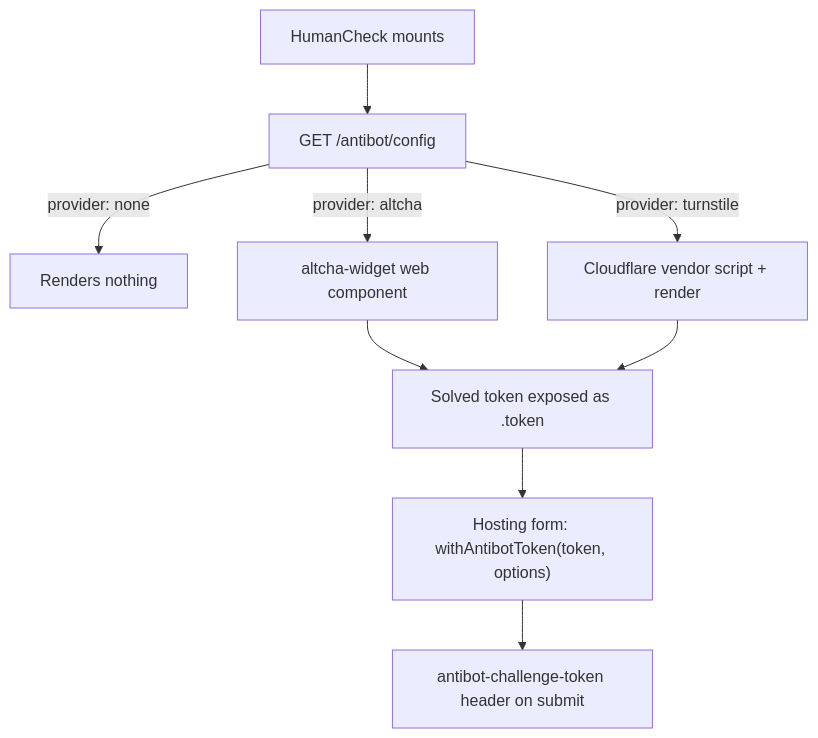
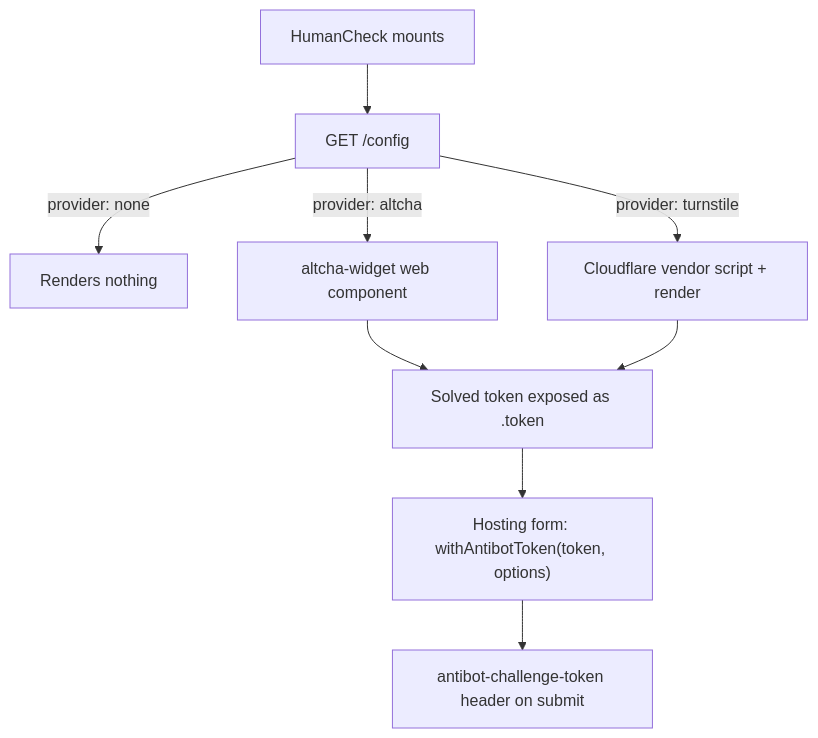
Before and after one commit to Guebbit/boilerplate-vue-frontend: the third of 3 diagrams in docs/tools/security.md, drawn with Mermaid. The commit also changed other lines of this file and 34 other files, not shown here.

First line of the commit message:
feat(config): the app loads GET /config once and every reader shares it

````diff
--- a/docs/tools/security.md
+++ b/docs/tools/security.md
@@ -179,11 +179,11 @@
 ```mermaid
 flowchart TD
-    A[HumanCheck mounts] --> B[GET /antibot/config]
+    A[HumanCheck mounts] --> B[GET /config]
     B -->|provider: none| C[Renders nothing]
     B -->|provider: altcha| D[altcha-widget web component]
     B -->|provider: turnstile| E[Cloudflare vendor script + render]
     D --> F[Solved token exposed as .token]
     E --> F
     F --> G["Hosting form: withAntibotToken(token, options)"]
     G --> H[antibot-challenge-token header on submit]
 ```
````
